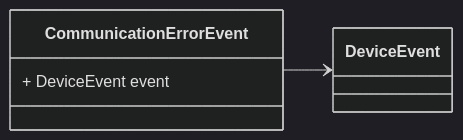
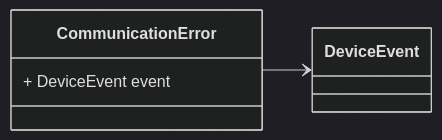
The second of 8 diagrams in docs/device_event.proto.md (zaphiro-technologies/protobuf), drawn with Mermaid (dark theme) before and after one commit. The commit also changed other lines of this file and 2 other files, not shown here.

First line of the commit message:
Remove `Event` from the name of `DeviceEvent` subclasses (#37)

````diff
--- a/docs/device_event.proto.md
+++ b/docs/device_event.proto.md
@@ -54,12 +54,12 @@
 ```mermaid
 classDiagram
 direction LR
 
 %% 
 
-class CommunicationErrorEvent {
+class CommunicationError {
   + DeviceEvent event
 }
-CommunicationErrorEvent --> `DeviceEvent`
+CommunicationError --> `DeviceEvent`
 
 ```
````
